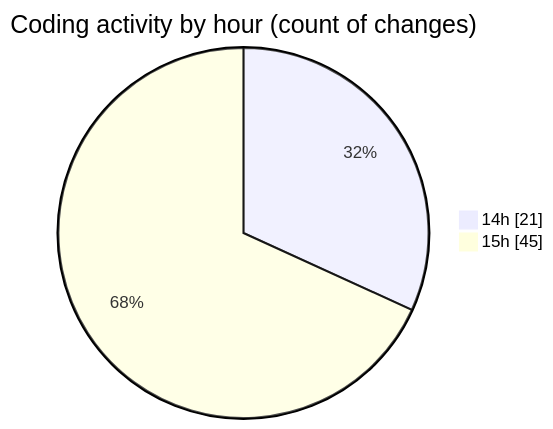
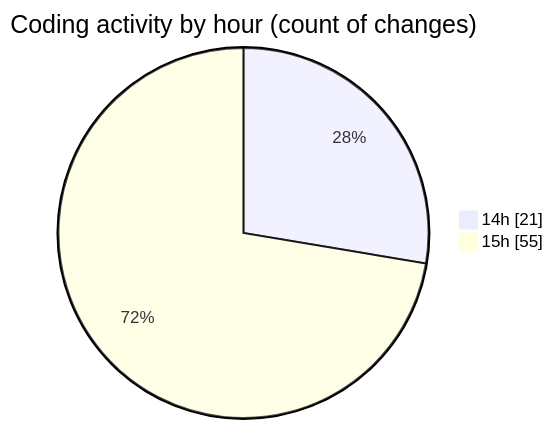
Before and after one commit to Ritupan-Deka/code-tracking: the second of 2 diagrams in 2025-05-24/projects/README.md, drawn with Mermaid. The commit also changed other lines of this file and 1 other file, not shown here.

````diff
--- a/2025-05-24/projects/README.md
+++ b/2025-05-24/projects/README.md
@@ -33,6 +33,6 @@
 ```mermaid
 pie showData
 title Coding activity by hour (count of changes)
 "14h" : 21
-"15h" : 45
+"15h" : 55
 ```
````
